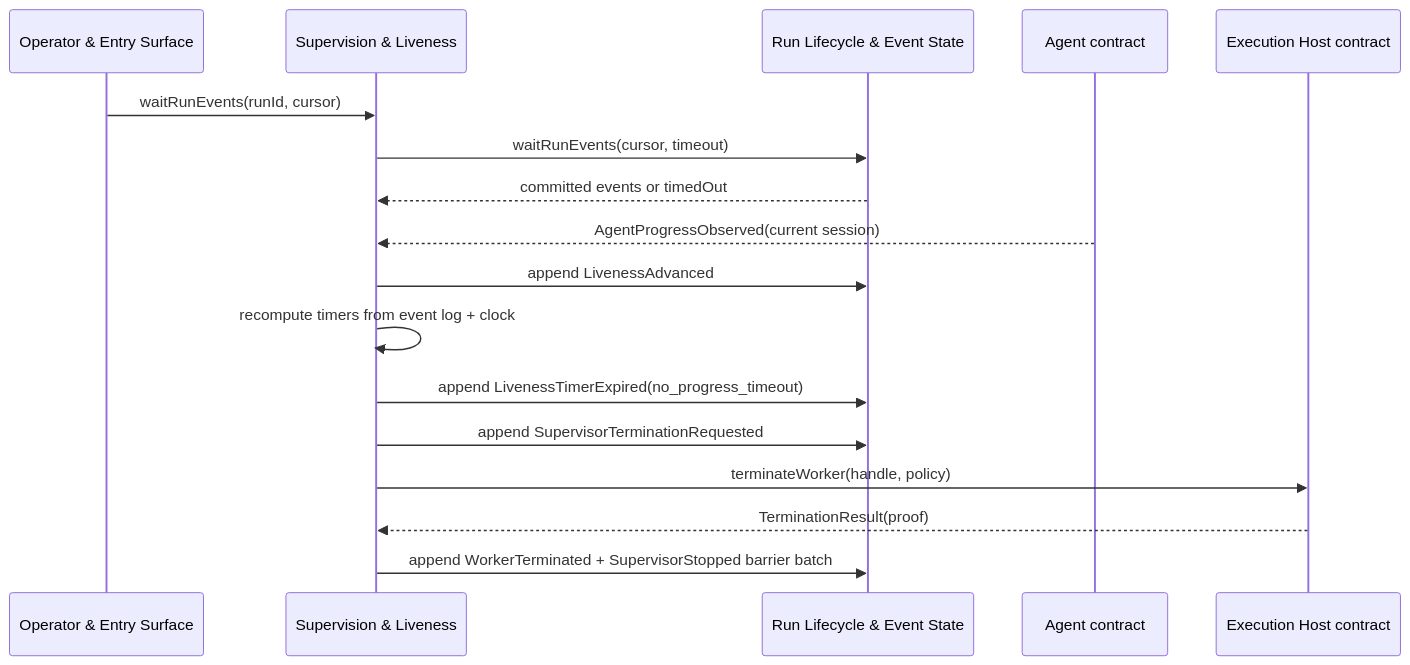
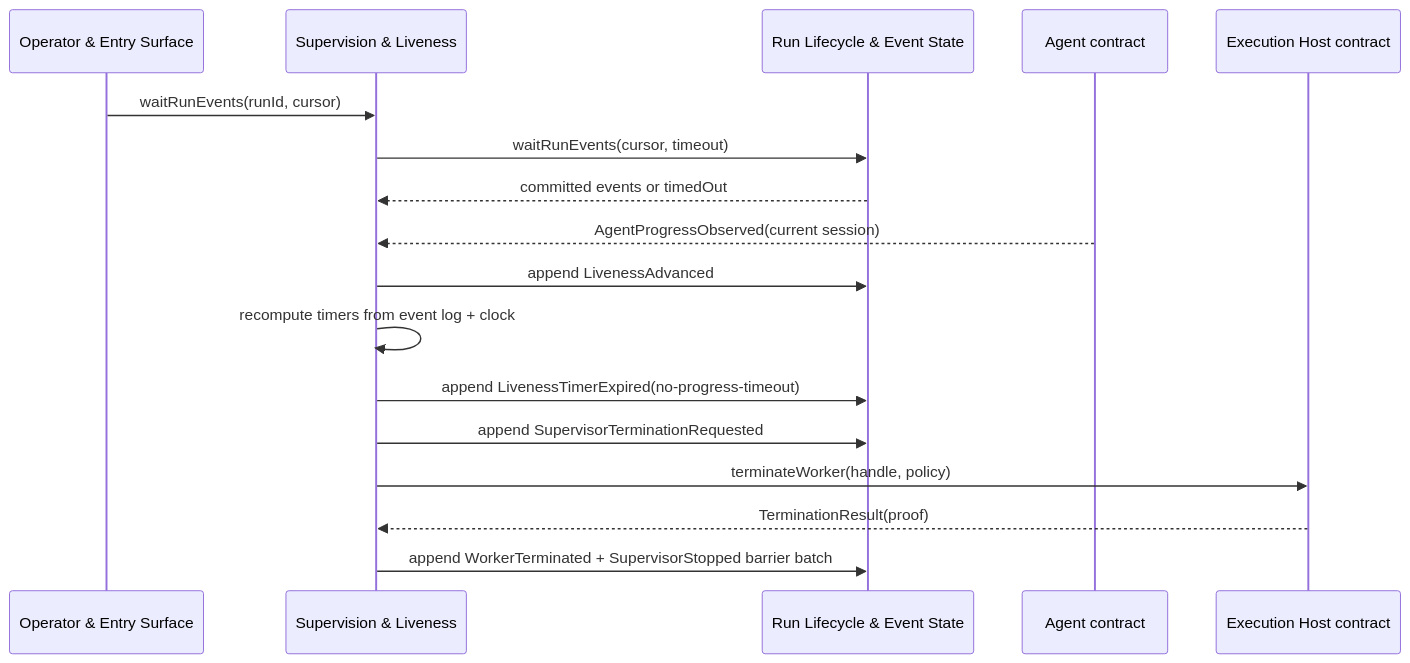
Before and after one commit to aryeko/agentic-workflow-kit: the second of 2 diagrams in docs/design/domains/core/core-04-supervision-and-liveness/README.md, drawn with Mermaid. The commit also changed other lines of this file and 19 other files, not shown here.

````diff
--- a/docs/design/domains/core/core-04-supervision-and-liveness/README.md
+++ b/docs/design/domains/core/core-04-supervision-and-liveness/README.md
@@ -181,19 +181,19 @@
 ```mermaid
 sequenceDiagram
   participant OP as Operator & Entry Surface
   participant SUP as Supervision & Liveness
   participant RL as Run Lifecycle & Event State
   participant AG as Agent contract
   participant EH as Execution Host contract
   OP->>SUP: waitRunEvents(runId, cursor)
   SUP->>RL: waitRunEvents(cursor, timeout)
   RL-->>SUP: committed events or timedOut
   AG-->>SUP: AgentProgressObserved(current session)
   SUP->>RL: append LivenessAdvanced
   SUP->>SUP: recompute timers from event log + clock
-  SUP->>RL: append LivenessTimerExpired(no_progress_timeout)
+  SUP->>RL: append LivenessTimerExpired(no-progress-timeout)
   SUP->>RL: append SupervisorTerminationRequested
   SUP->>EH: terminateWorker(handle, policy)
   EH-->>SUP: TerminationResult(proof)
   SUP->>RL: append WorkerTerminated + SupervisorStopped barrier batch
 ```
````
